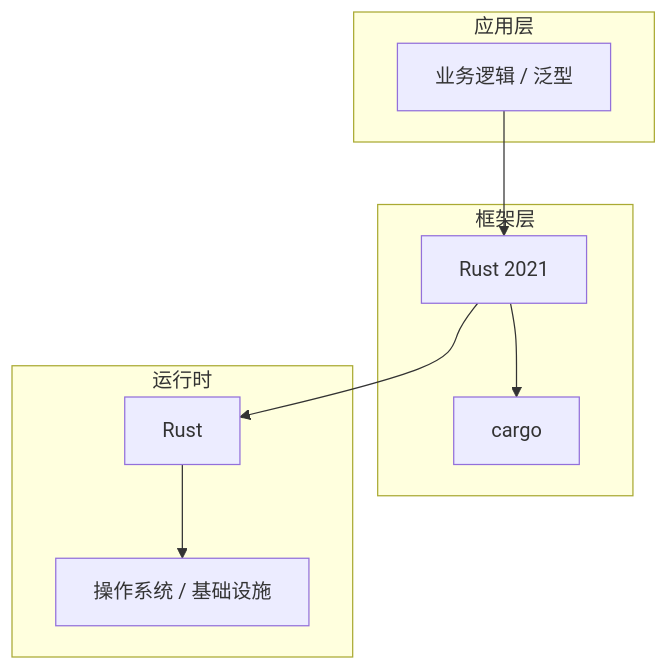
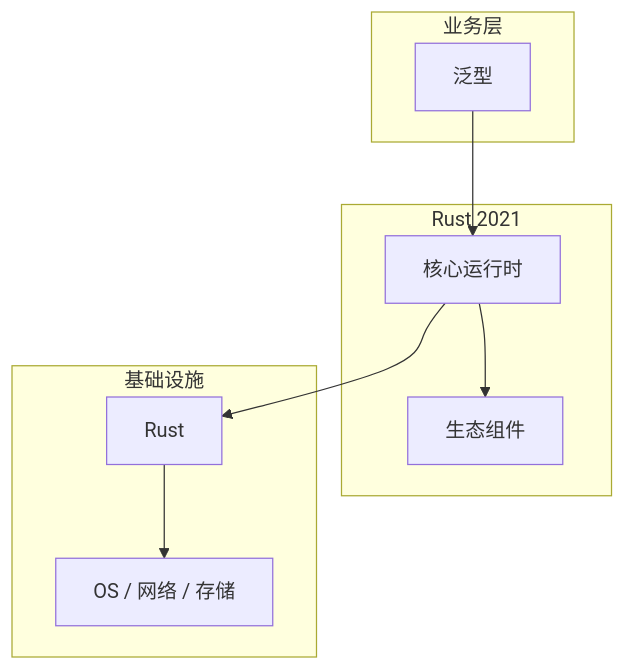
The diagram in articles/Rust语言/chapters/047-泛型核心概念与原理.md (yanggan2015/knowledge-json-v2), drawn with Mermaid before and after one commit. The commit also changed other lines of this file and 10127 other files, not shown here.

````diff
--- a/articles/Rust语言/chapters/047-泛型核心概念与原理.md
+++ b/articles/Rust语言/chapters/047-泛型核心概念与原理.md
@@ -45,18 +34,18 @@
 ```mermaid
 graph TB
-    subgraph 应用层
-        A[业务逻辑 / 泛型]
+    subgraph 业务层
+        A[泛型]
     end
-    subgraph 框架层
-        B[Rust 2021]
-        C[cargo]
+    subgraph Rust 2021
+        B[核心运行时]
+        C[生态组件]
     end
-    subgraph 运行时
+    subgraph 基础设施
         D[Rust]
-        E[操作系统 / 基础设施]
+        E[OS / 网络 / 存储]
     end
     A --> B
     B --> C
     B --> D
     D --> E
 ```
````
